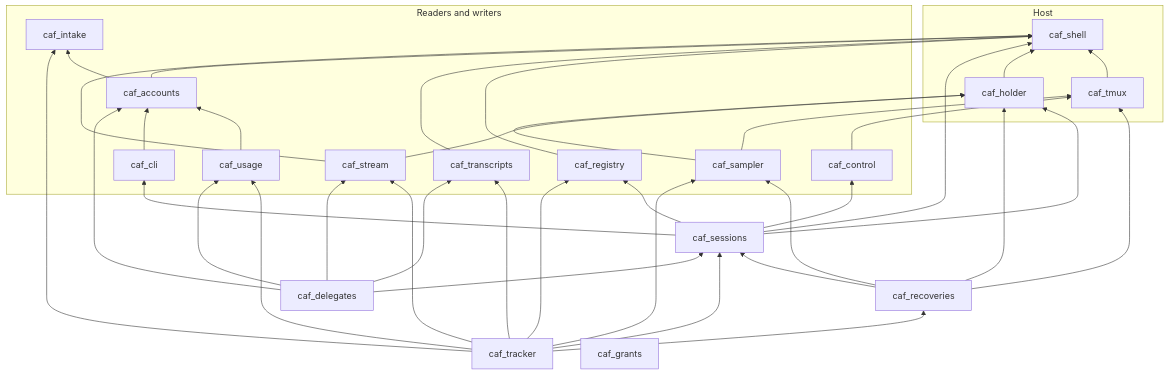
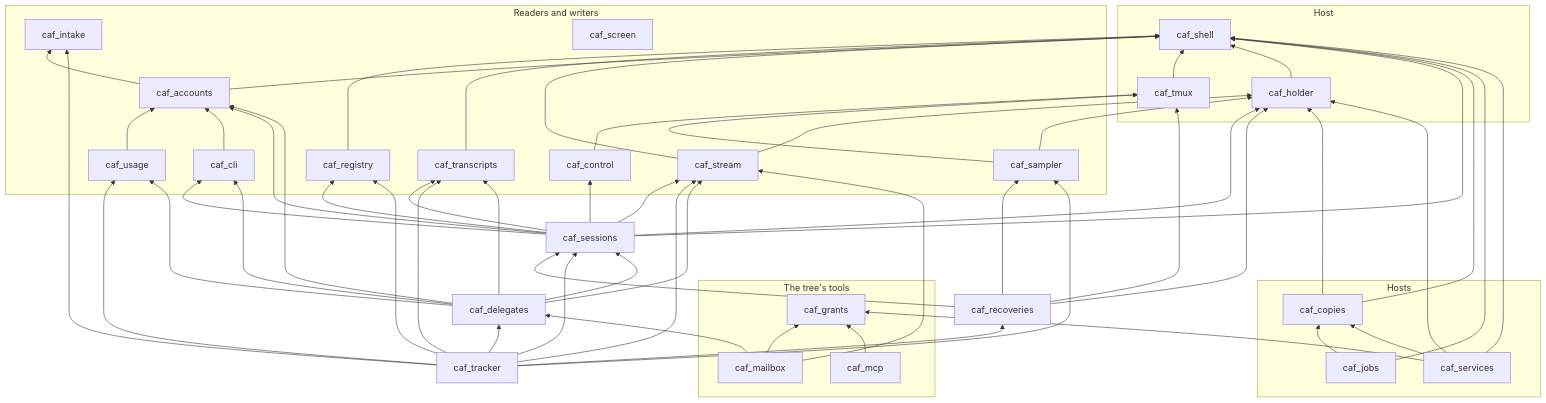
One commit to SushyDev/coding_agent_framework changed the second of 2 diagrams in README.md. Above: the diagram before and after it, drawn with Mermaid. The commit also changed other lines of this file, not shown here.

First line of the commit message:
F-114: the README's charts and status brought up to date

````diff
--- a/README.md
+++ b/README.md
@@ -123,12 +144,22 @@
     control[caf_control]
     stream[caf_stream]
     sampler[caf_sampler]
+    screen[caf_screen]
   end
   sessions[caf_sessions]
   recoveries[caf_recoveries]
   tracker[caf_tracker]
   delegates[caf_delegates]
-  grants[caf_grants]
+  subgraph team["The tree's tools"]
+    grants[caf_grants]
+    mailbox[caf_mailbox]
+    mcp[caf_mcp]
+  end
+  subgraph hosts["Hosts"]
+    copies[caf_copies]
+    jobs[caf_jobs]
+    services[caf_services]
+  end
 
   tmux --> shell
   holder --> shell
@@ -146,8 +177,11 @@
   sessions --> shell
   sessions --> holder
   sessions --> registry
+  sessions --> accounts
   sessions --> cli
   sessions --> control
+  sessions --> stream
+  sessions --> transcripts
   recoveries --> tmux
   recoveries --> holder
   recoveries --> sampler
@@ -160,9 +194,23 @@
   tracker --> sampler
   tracker --> sessions
   tracker --> recoveries
+  tracker --> delegates
   delegates --> accounts
+  delegates --> cli
   delegates --> usage
   delegates --> stream
   delegates --> sessions
   delegates --> transcripts
+  mailbox --> delegates
+  mailbox --> grants
+  mailbox --> stream
+  mcp --> grants
+  copies --> shell
+  copies --> holder
+  jobs --> shell
+  jobs --> copies
+  services --> shell
+  services --> holder
+  services --> grants
+  services --> copies
 ```
````
